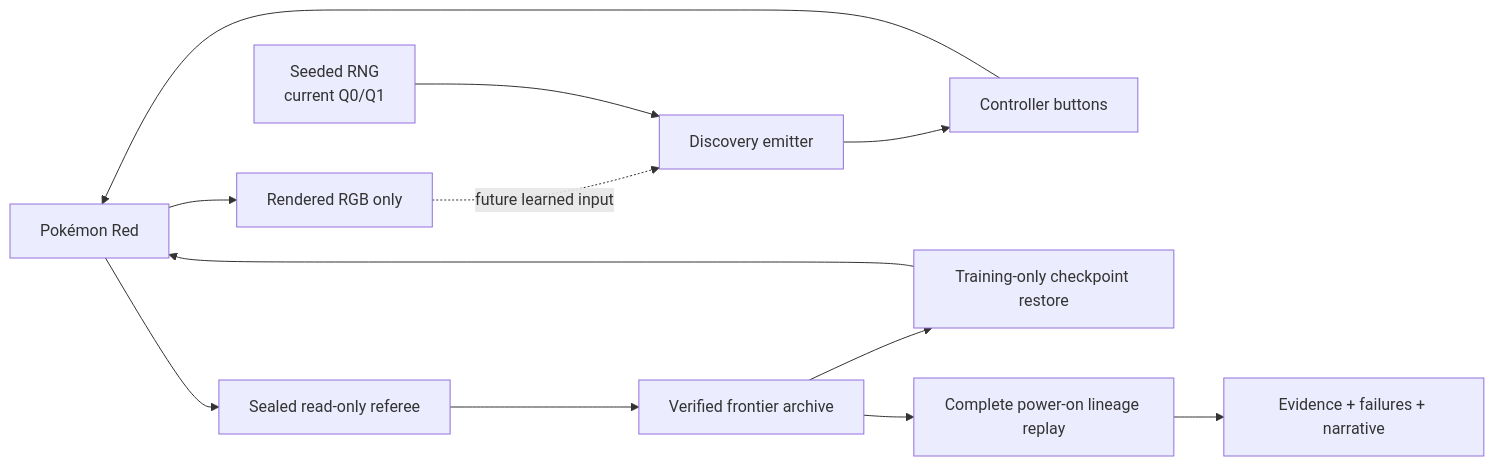
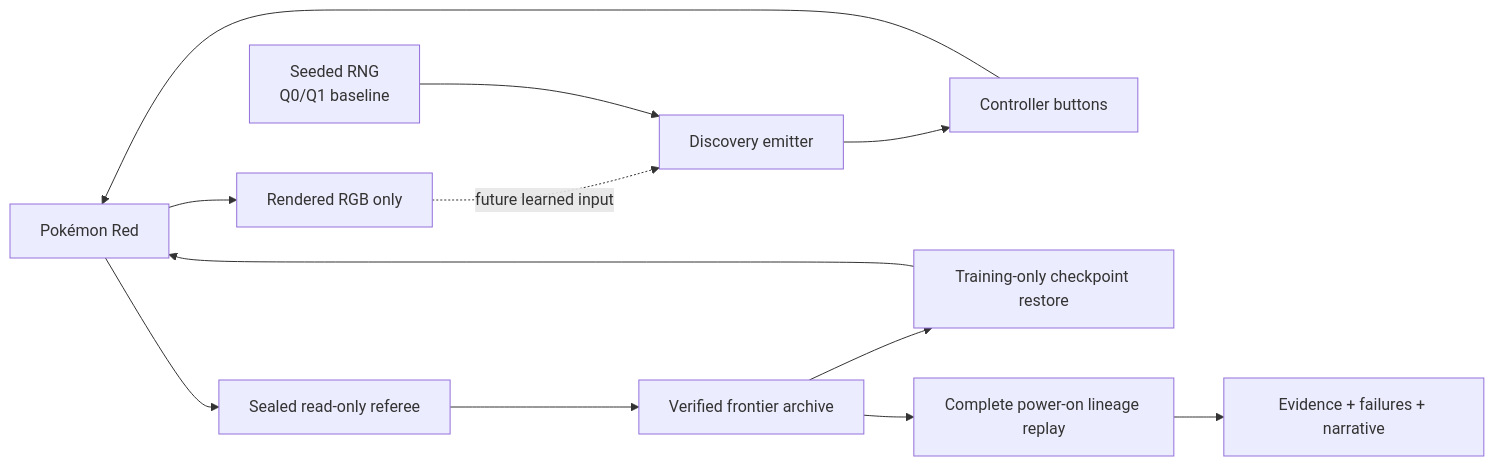
The second of 2 diagrams in README.md (PeteAndrews1289/pokemon-red-ai), drawn with Mermaid before and after one commit. The commit also changed other lines of this file and 12 other files, not shown here.

````diff
--- a/README.md
+++ b/README.md
@@ -103,14 +102,14 @@
 ```mermaid
 flowchart LR
     Game["Pokémon Red"] --> Pixels["Rendered RGB only"]
     Pixels -. "future learned input" .-> Emitter["Discovery emitter"]
-    RNG["Seeded RNG<br/>current Q0/Q1"] --> Emitter
+    RNG["Seeded RNG<br/>Q0/Q1 baseline"] --> Emitter
     Emitter --> Act["Controller buttons"]
     Act --> Game
     Game --> Referee["Sealed read-only referee"]
     Referee --> Archive["Verified frontier archive"]
     Archive --> Restore["Training-only checkpoint restore"]
     Restore --> Game
     Archive --> Replay["Complete power-on lineage replay"]
     Replay --> Story["Evidence + failures + narrative"]
 ```
````
